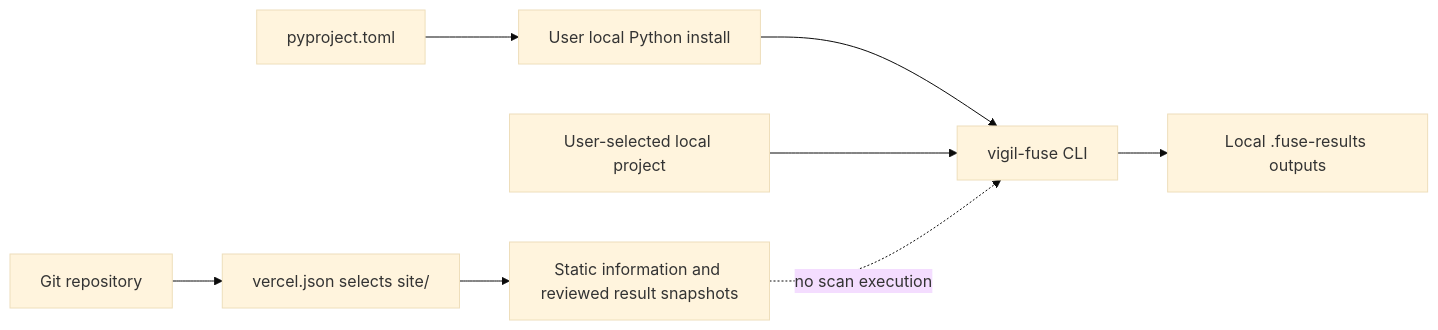
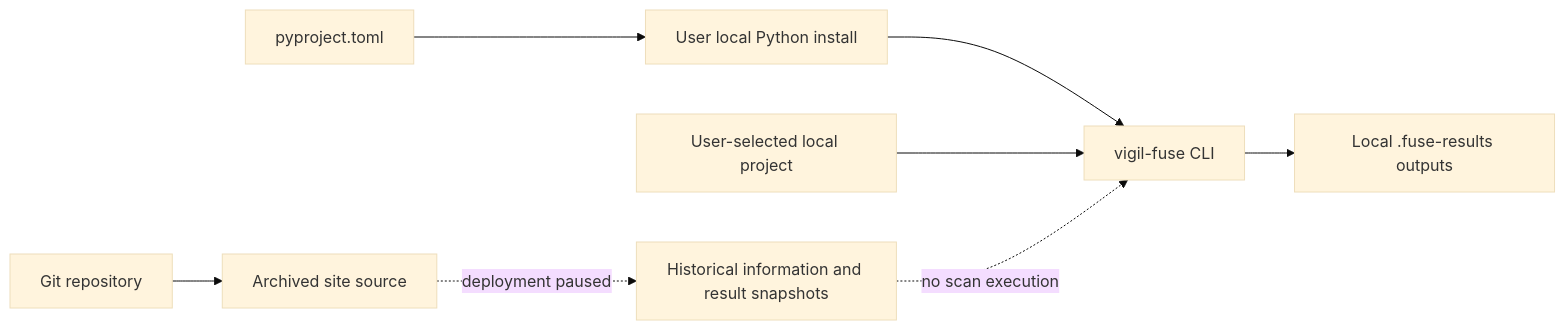
Before and after one commit to VIGIL-IoT/VIGIL-FUSE: the third of 5 diagrams in docs/architecture.md, drawn with Mermaid (base theme). The commit also changed other lines of this file and 15 other files, not shown here.

````diff
--- a/docs/architecture.md
+++ b/docs/architecture.md
@@ -53,10 +55,10 @@
 ```mermaid
 flowchart LR
-    Repo[Git repository] --> VercelConfig[vercel.json selects site/]
-    VercelConfig --> StaticSite[Static information and reviewed result snapshots]
+    Repo[Git repository] --> ArchivedSource[Archived site source]
+    ArchivedSource -. deployment paused .-> StaticSite[Historical information and result snapshots]
     PackageConfig[pyproject.toml] --> LocalInstall[User local Python install]
     LocalInstall --> CLI[vigil-fuse CLI]
     Target[User-selected local project] --> CLI
     CLI --> LocalReports[Local .fuse-results outputs]
     StaticSite -. no scan execution .-> CLI
 ```
````
